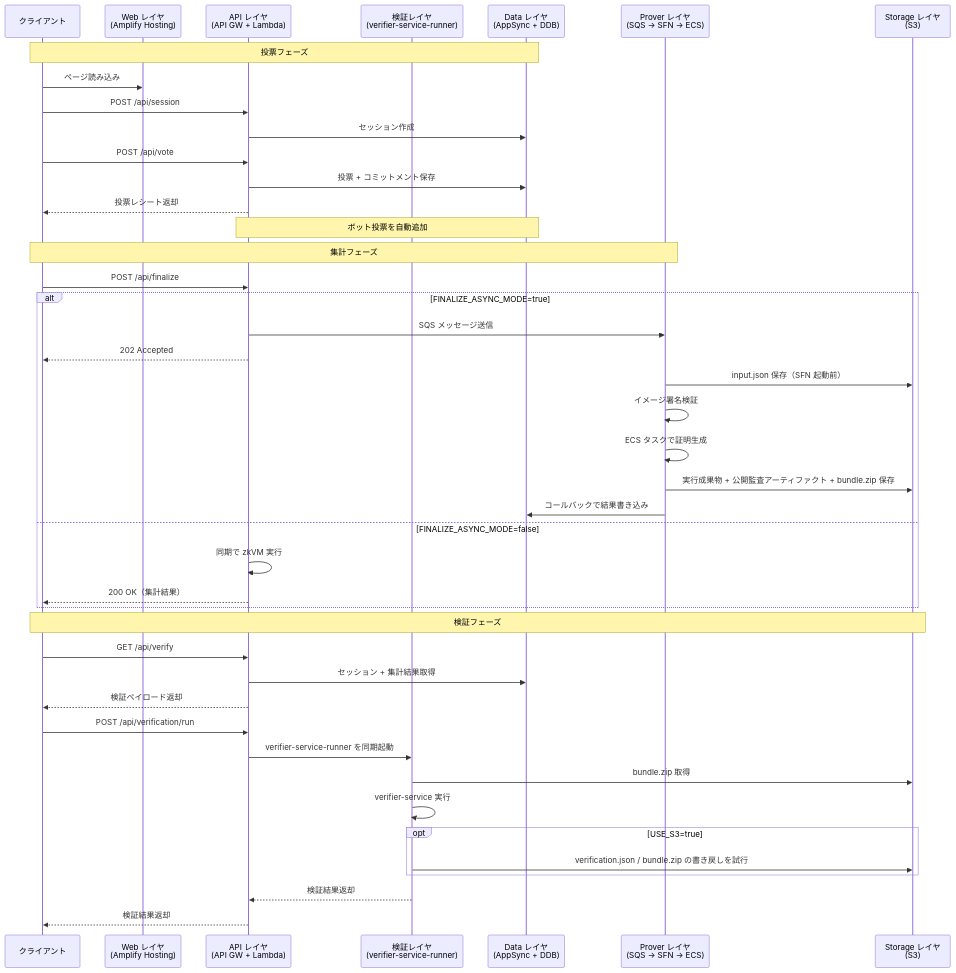
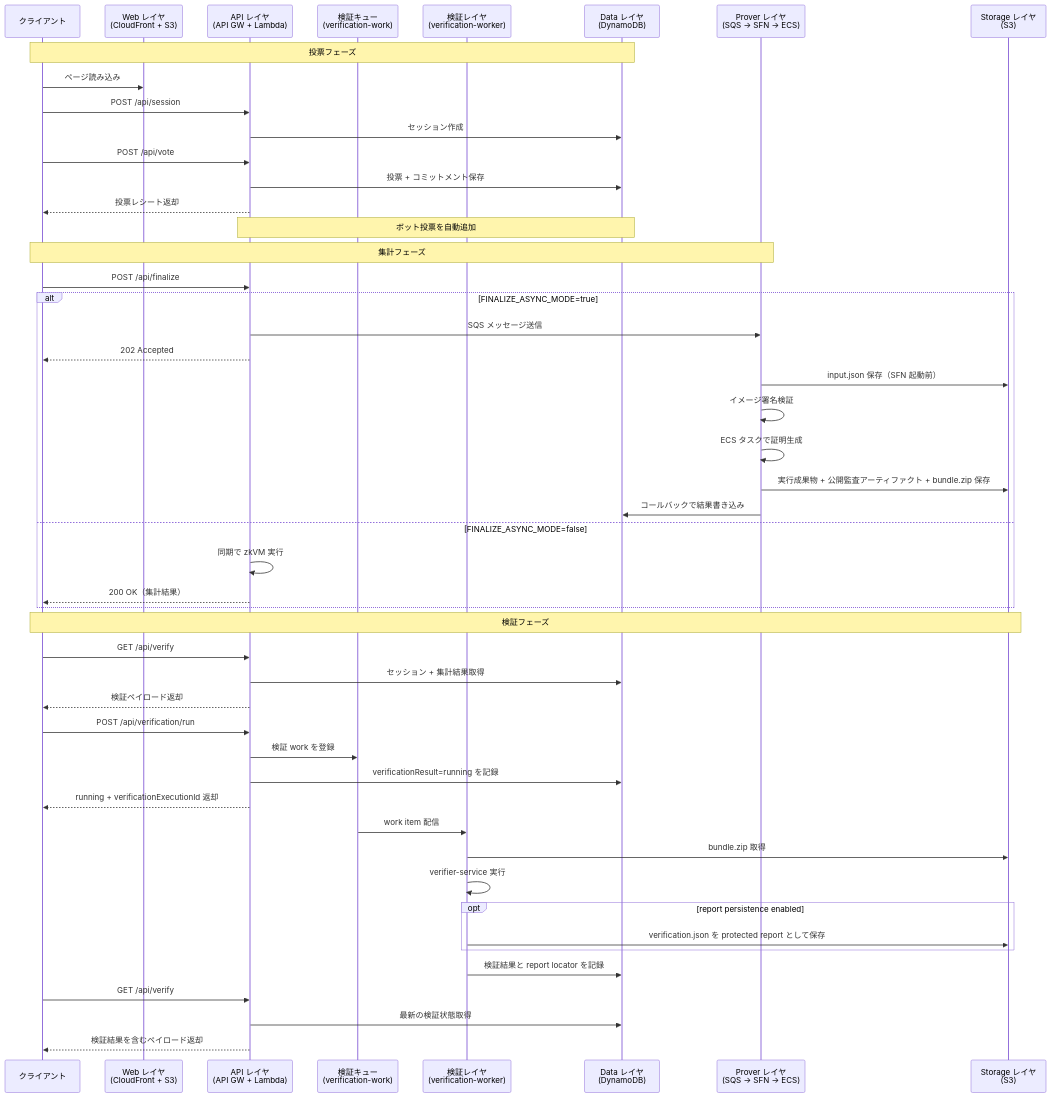
Before and after one commit to hwatanabe-jp/stark-ballot-simulator-public: the third of 4 diagrams in public-book/src/aws/topology.md, drawn with Mermaid. The commit also changed other lines of this file and 1491 other files, not shown here.

````diff
--- a/public-book/src/aws/topology.md
+++ b/public-book/src/aws/topology.md
@@ -108,48 +148,54 @@
 ```mermaid
 sequenceDiagram
   participant C as クライアント
-  participant W as Web レイヤ<br/>(Amplify Hosting)
+  participant W as Web レイヤ<br/>(CloudFront + S3)
   participant A as API レイヤ<br/>(API GW + Lambda)
-  participant V as 検証レイヤ<br/>(verifier-service-runner)
-  participant D as Data レイヤ<br/>(AppSync + DDB)
+  participant Q as 検証キュー<br/>(verification-work)
+  participant V as 検証レイヤ<br/>(verification-worker)
+  participant D as Data レイヤ<br/>(DynamoDB)
   participant P as Prover レイヤ<br/>(SQS → SFN → ECS)
   participant S as Storage レイヤ<br/>(S3)
 
   Note over C,D: 投票フェーズ
   C->>W: ページ読み込み
   C->>A: POST /api/session
   A->>D: セッション作成
   C->>A: POST /api/vote
   A->>D: 投票 + コミットメント保存
   A-->>C: 投票レシート返却
   Note over A,D: ボット投票を自動追加
 
   Note over C,P: 集計フェーズ
   C->>A: POST /api/finalize
   alt FINALIZE_ASYNC_MODE=true
     A->>P: SQS メッセージ送信
     A-->>C: 202 Accepted
     P->>S: input.json 保存（SFN 起動前）
     P->>P: イメージ署名検証
     P->>P: ECS タスクで証明生成
     P->>S: 実行成果物 + 公開監査アーティファクト + bundle.zip 保存
     P->>D: コールバックで結果書き込み
   else FINALIZE_ASYNC_MODE=false
     A->>A: 同期で zkVM 実行
     A-->>C: 200 OK（集計結果）
   end
 
   Note over C,S: 検証フェーズ
   C->>A: GET /api/verify
   A->>D: セッション + 集計結果取得
   A-->>C: 検証ペイロード返却
   C->>A: POST /api/verification/run
-  A->>V: verifier-service-runner を同期起動
+  A->>Q: 検証 work を登録
+  A->>D: verificationResult=running を記録
+  A-->>C: running + verificationExecutionId 返却
+  Q->>V: work item 配信
   V->>S: bundle.zip 取得
   V->>V: verifier-service 実行
-  opt USE_S3=true
-    V->>S: verification.json / bundle.zip の書き戻しを試行
+  opt report persistence enabled
+    V->>S: verification.json を protected report として保存
   end
-  V-->>A: 検証結果返却
-  A-->>C: 検証結果返却
+  V->>D: 検証結果と report locator を記録
+  C->>A: GET /api/verify
+  A->>D: 最新の検証状態取得
+  A-->>C: 検証結果を含むペイロード返却
 ```
````
